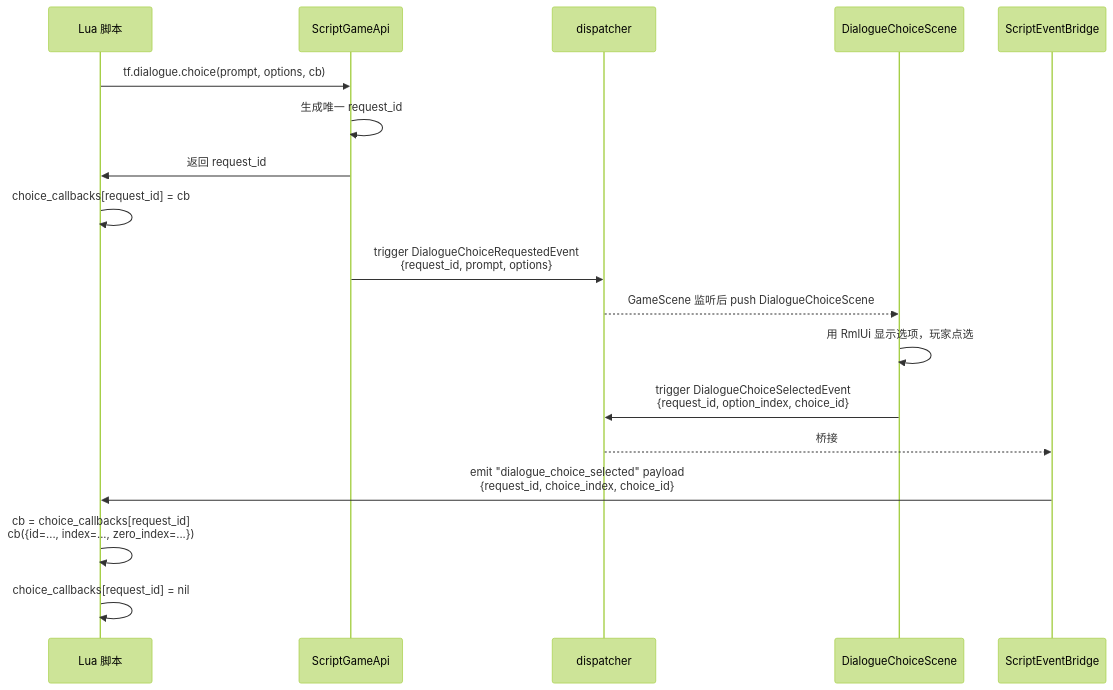
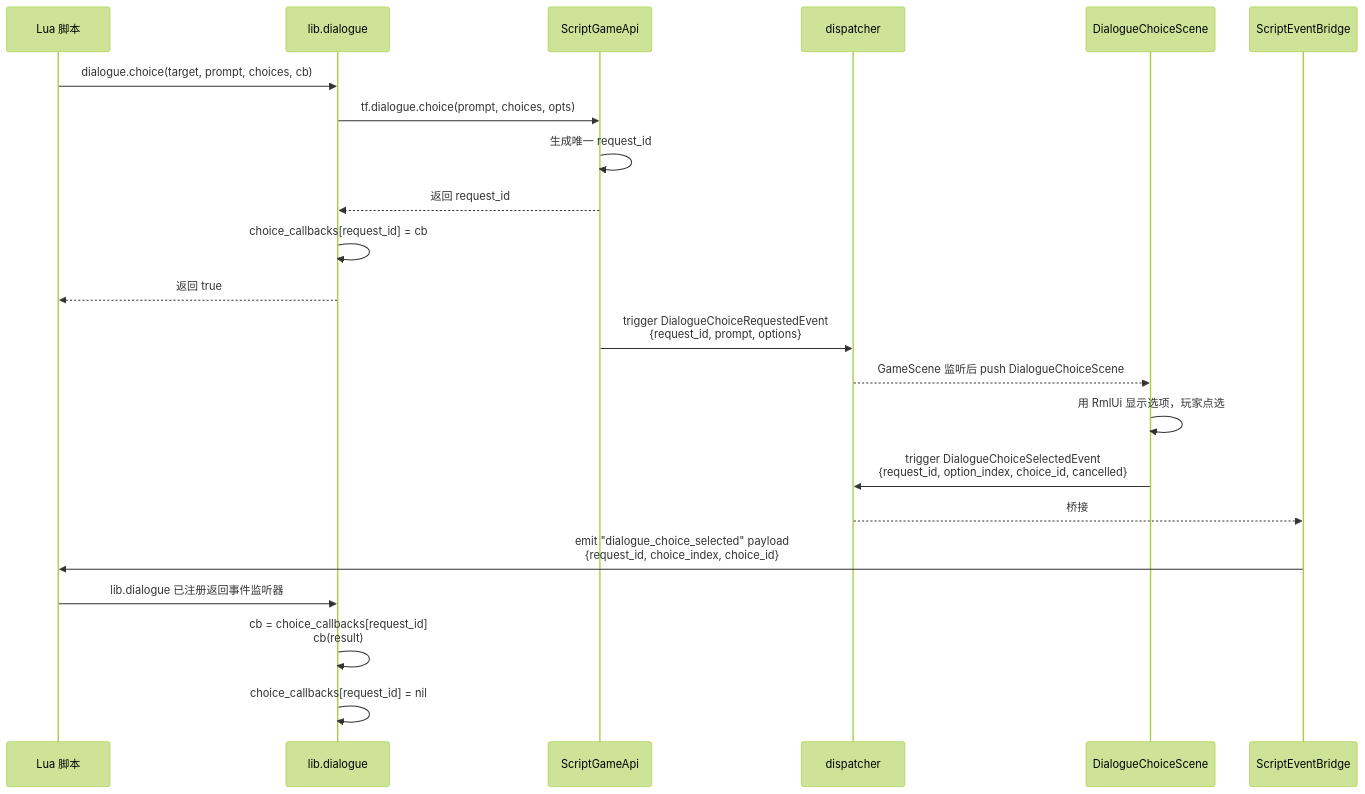
One commit to WispSnow/TinyFarmRPG changed the fourth of 5 diagrams in lecture_plans/lectures/08-脚本事件桥与Tiled接入.md. Above: the diagram before and after it, drawn with Mermaid (forest theme). The commit also changed other lines of this file and 12 other files, not shown here.

````diff
--- a/lecture_plans/lectures/08-脚本事件桥与Tiled接入.md
+++ b/lecture_plans/lectures/08-脚本事件桥与Tiled接入.md
@@ -257,21 +269,25 @@
 ```mermaid
 sequenceDiagram
     participant L as Lua 脚本
+    participant LIB as lib.dialogue
     participant API as ScriptGameApi
     participant DISP as dispatcher
     participant DCS as DialogueChoiceScene
     participant SEB as ScriptEventBridge
 
-    L->>API: tf.dialogue.choice(prompt, options, cb)
+    L->>LIB: dialogue.choice(target, prompt, choices, cb)
+    LIB->>API: tf.dialogue.choice(prompt, choices, opts)
     API->>API: 生成唯一 request_id
-    API->>L: 返回 request_id
-    L->>L: choice_callbacks[request_id] = cb
+    API-->>LIB: 返回 request_id
+    LIB->>LIB: choice_callbacks[request_id] = cb
+    LIB-->>L: 返回 true
     API->>DISP: trigger DialogueChoiceRequestedEvent<br/>{request_id, prompt, options}
     DISP-->>DCS: GameScene 监听后 push DialogueChoiceScene
     DCS->>DCS: 用 RmlUi 显示选项，玩家点选
-    DCS->>DISP: trigger DialogueChoiceSelectedEvent<br/>{request_id, option_index, choice_id}
+    DCS->>DISP: trigger DialogueChoiceSelectedEvent<br/>{request_id, option_index, choice_id, cancelled}
     DISP-->>SEB: 桥接
     SEB->>L: emit "dialogue_choice_selected" payload<br/>{request_id, choice_index, choice_id}
-    L->>L: cb = choice_callbacks[request_id]<br/>cb({id=..., index=..., zero_index=...})
-    L->>L: choice_callbacks[request_id] = nil
+    L->>LIB: lib.dialogue 已注册返回事件监听器
+    LIB->>LIB: cb = choice_callbacks[request_id]<br/>cb(result)
+    LIB->>LIB: choice_callbacks[request_id] = nil
 ```
````
